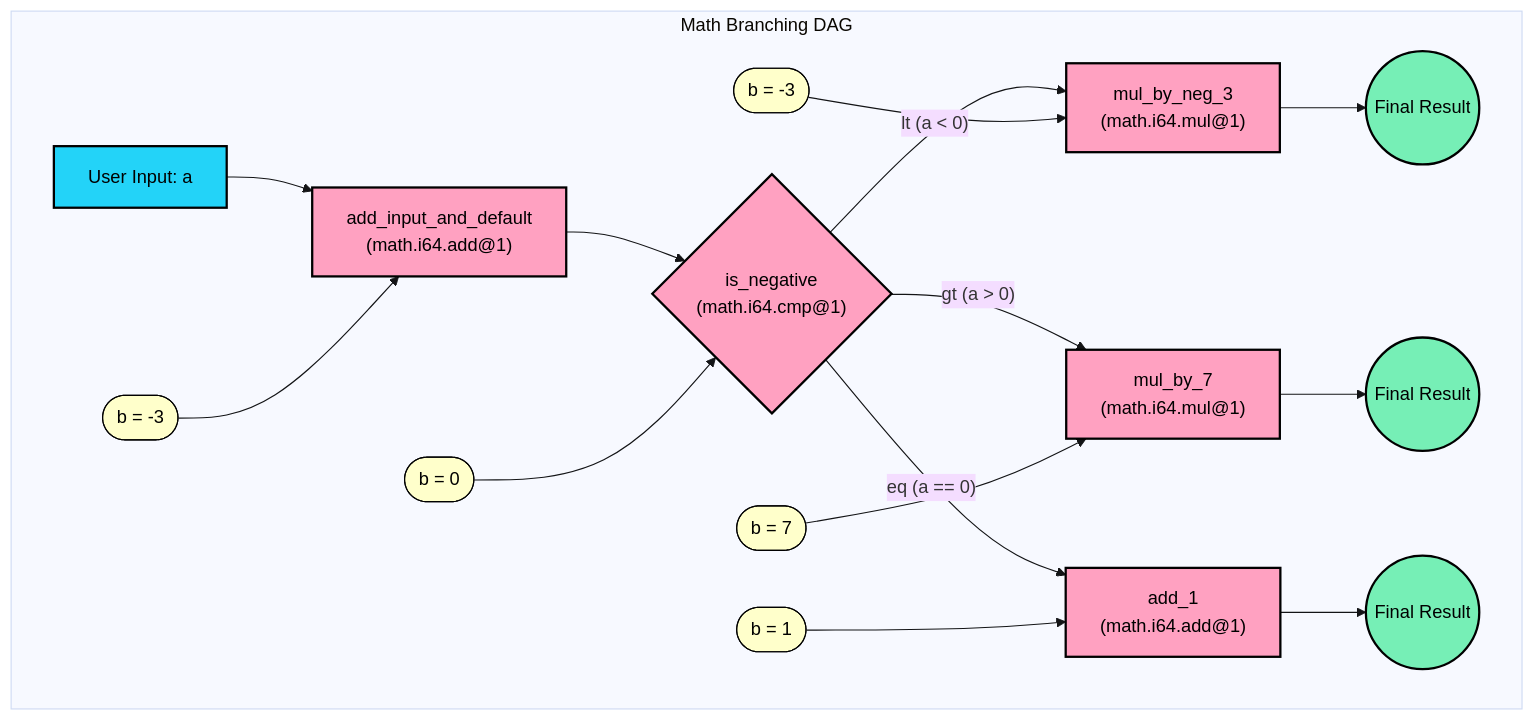
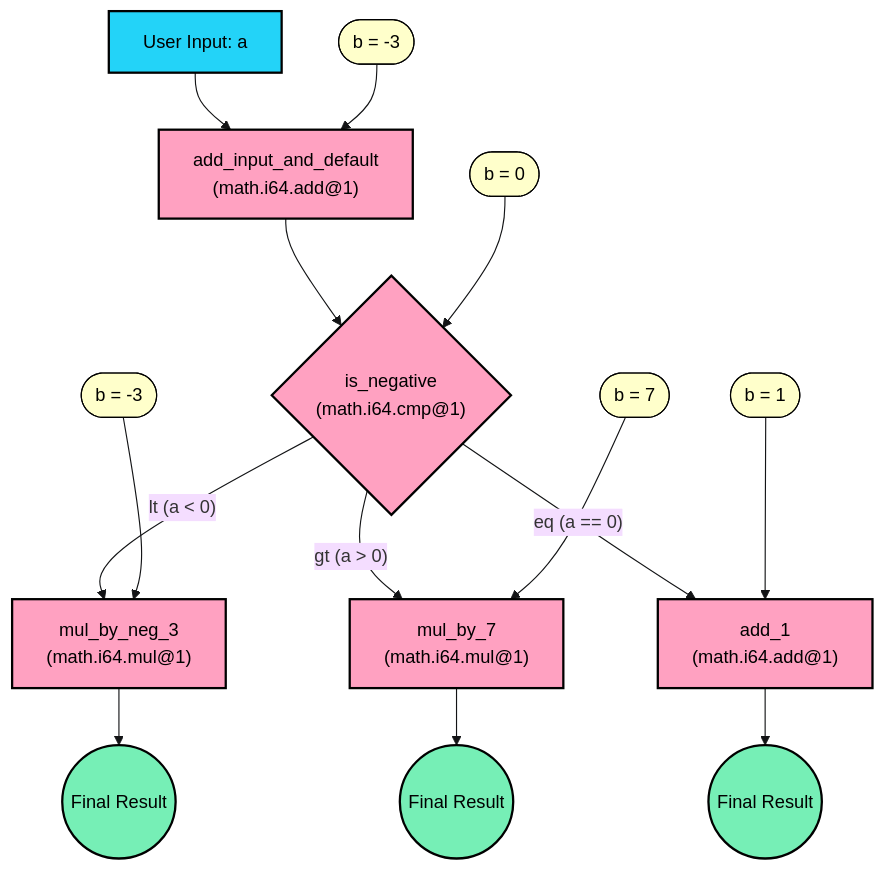
Before and after one commit to Talus-Network/gitbook-docs: the diagram in nexus-sdk/guides/math-branching-dag-builder.md, drawn with Mermaid. The commit also changed other lines of this file and 9 other files, not shown here.

````diff
--- a/nexus-sdk/guides/math-branching-dag-builder.md
+++ b/nexus-sdk/guides/math-branching-dag-builder.md
@@ -19,33 +19,31 @@
 ```mermaid
 %%{init: {'theme': 'base', 'themeVariables': { 'background': '#ECEBE9' }}}%%
 graph TD
-    subgraph "Math Branching DAG"
         Input[User Input: a] --> A["add_input_and_default<br>(math.i64.add@1)"];
         Def1([b = -3]) --> A;
         A --> B{"is_negative<br>(math.i64.cmp@1)"};
         Def2([b = 0]) --> B;
         
         B -- "lt (a < 0)" --> C["mul_by_neg_3<br>(math.i64.mul@1)"];
         Def3([b = -3]) --> C;
         
         B -- "gt (a > 0)" --> D["mul_by_7<br>(math.i64.mul@1)"];
         Def4([b = 7]) --> D;
         
         B -- "eq (a == 0)" --> E["add_1<br>(math.i64.add@1)"];
         Def5([b = 1]) --> E;
         
         C --> Result1((Final Result));
         D --> Result2((Final Result));
         E --> Result3((Final Result));
-    end
 
     classDef tool fill:#FFA1C1,stroke:#000000,stroke-width:2px,color:#000000;
     classDef input fill:#23D3F8,stroke:#000000,stroke-width:2px,color:#000000;
     classDef output fill:#76EFB6,stroke:#000000,stroke-width:2px,color:#000000;
     classDef default fill:#FFFFCB,stroke:#000000,stroke-width:1px,color:#000000;
     
     class A,C,D,E,B tool;
     class Result1,Result2,Result3 output;
     class Input input;
     class Def1,Def2,Def3,Def4,Def5 default;
 ```
````
